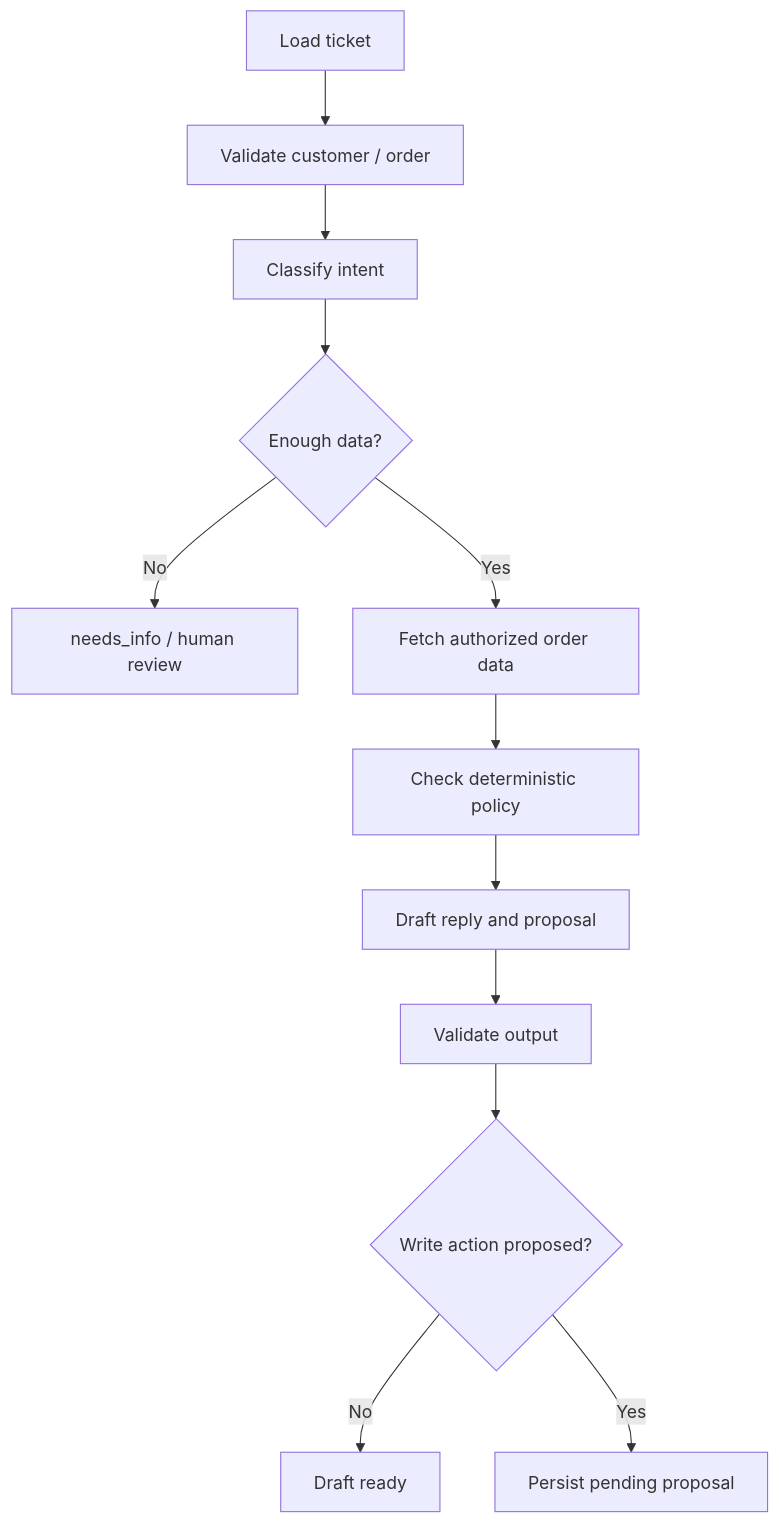
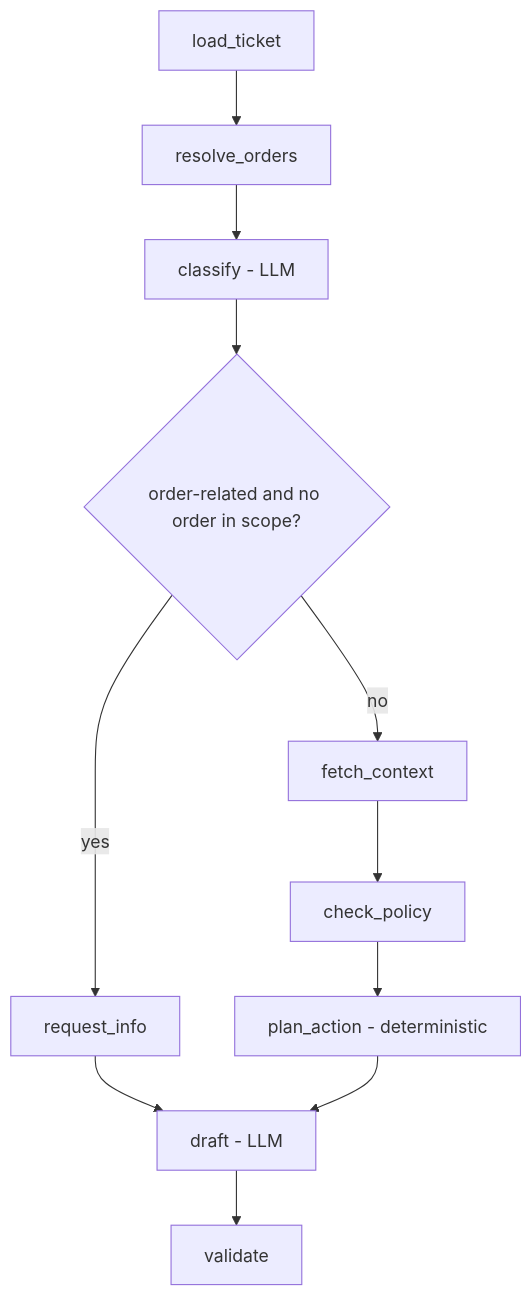
Before and after one commit to UygarYildiz/SupportFlow: the third of 4 diagrams in docs/ARCHITECTURE.md, drawn with Mermaid. The commit also changed other lines of this file and 30 other files, not shown here.

````diff
--- a/docs/ARCHITECTURE.md
+++ b/docs/ARCHITECTURE.md
@@ -83,14 +71,13 @@
 ```mermaid
 flowchart TD
-    A[Load ticket] --> B[Validate customer / order]
-    B --> C[Classify intent]
-    C --> D{Enough data?}
-    D -->|No| E[needs_info / human review]
-    D -->|Yes| F[Fetch authorized order data]
-    F --> G[Check deterministic policy]
-    G --> H[Draft reply and proposal]
-    H --> I[Validate output]
-    I --> J{Write action proposed?}
-    J -->|No| K[Draft ready]
-    J -->|Yes| L[Persist pending proposal]
+    A[load_ticket] --> B[resolve_orders]
+    B --> C[classify - LLM]
+    C --> D{order-related and no order in scope?}
+    D -->|yes| E[request_info]
+    D -->|no| F[fetch_context]
+    F --> G[check_policy]
+    G --> H[plan_action - deterministic]
+    E --> I[draft - LLM]
+    H --> I
+    I --> J[validate]
 ```
````
